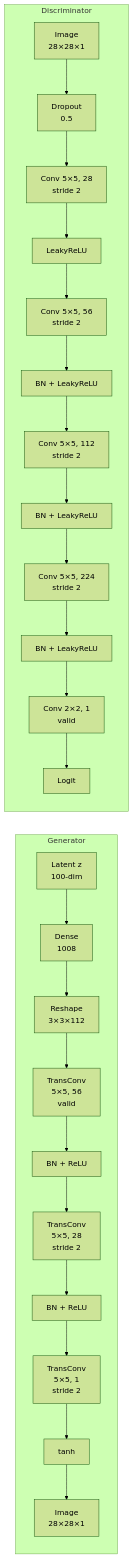
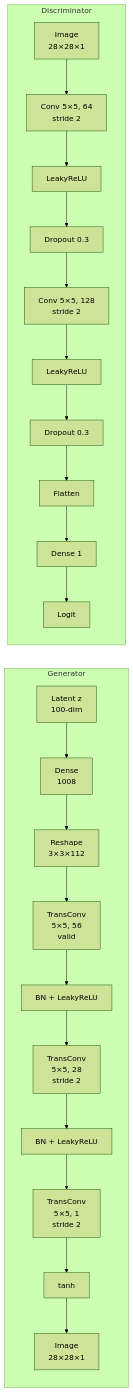
Before and after one commit to markgewhite/mnist: the diagram in README.md, drawn with Mermaid (forest theme). The commit also changed other lines of this file and 1 other file, not shown here.

````diff
--- a/README.md
+++ b/README.md
@@ -7,28 +7,26 @@
 ```mermaid
 graph LR
     subgraph Generator
         Z[Latent z<br/>100-dim] --> D1[Dense<br/>1008]
         D1 --> R[Reshape<br/>3×3×112]
         R --> TC1[TransConv<br/>5×5, 56<br/>valid]
-        TC1 --> BN1[BN + ReLU]
+        TC1 --> BN1[BN + LeakyReLU]
         BN1 --> TC2[TransConv<br/>5×5, 28<br/>stride 2]
-        TC2 --> BN2[BN + ReLU]
+        TC2 --> BN2[BN + LeakyReLU]
         BN2 --> TC3[TransConv<br/>5×5, 1<br/>stride 2]
         TC3 --> T[tanh]
         T --> IMG[Image<br/>28×28×1]
     end
 
     subgraph Discriminator
-        I[Image<br/>28×28×1] --> DO[Dropout<br/>0.5]
-        DO --> C1[Conv 5×5, 28<br/>stride 2]
+        I[Image<br/>28×28×1] --> C1[Conv 5×5, 64<br/>stride 2]
         C1 --> LR1[LeakyReLU]
-        LR1 --> C2[Conv 5×5, 56<br/>stride 2]
-        C2 --> BN3[BN + LeakyReLU]
-        BN3 --> C3[Conv 5×5, 112<br/>stride 2]
-        C3 --> BN4[BN + LeakyReLU]
-        BN4 --> C4[Conv 5×5, 224<br/>stride 2]
-        C4 --> BN5[BN + LeakyReLU]
-        BN5 --> C5[Conv 2×2, 1<br/>valid]
-        C5 --> L[Logit]
+        LR1 --> DO1[Dropout 0.3]
+        DO1 --> C2[Conv 5×5, 128<br/>stride 2]
+        C2 --> LR2[LeakyReLU]
+        LR2 --> DO2[Dropout 0.3]
+        DO2 --> F[Flatten]
+        F --> D[Dense 1]
+        D --> L[Logit]
     end
 ```
````
